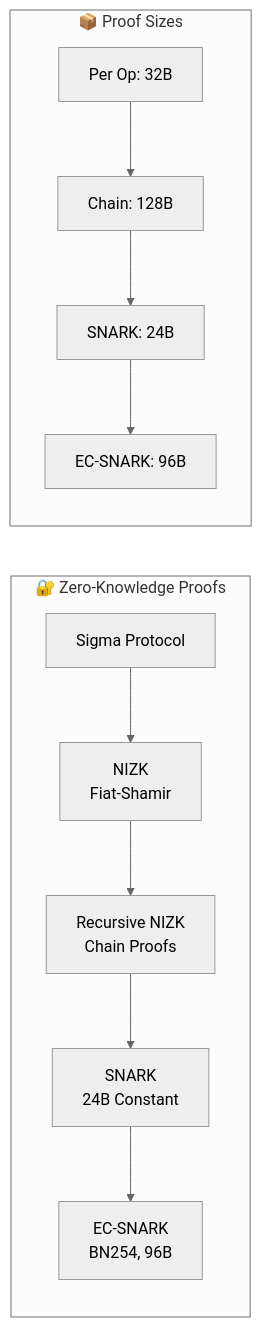
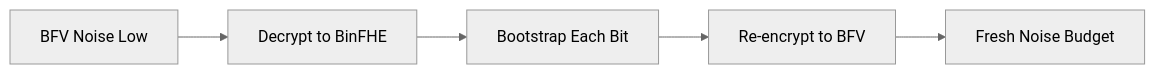
Before and after one commit to primordialomegazero/femmgFHE: the third of 3 diagrams in README.md, drawn with Mermaid (neutral theme). The commit also changed other lines of this file, not shown here.

Commit message:
Φ Fix README: Compact mermaid diagrams, morse footer replaced, individual test table

````diff
--- a/README.md
+++ b/README.md
@@ -165,15 +139,7 @@
 ```mermaid
 flowchart LR
-    subgraph Proofs["🔐 Zero-Knowledge Proofs"]
-        A[Sigma Protocol] --> B[NIZK<br/>Fiat-Shamir]
-        B --> C[Recursive NIZK<br/>Chain Proofs]
-        C --> D[SNARK<br/>24B Constant]
-        D --> E[EC-SNARK<br/>BN254, 96B]
-    end
-    
-    subgraph Sizes["📦 Proof Sizes"]
-        F[Per Op: 32B] --> G[Chain: 128B]
-        G --> H[SNARK: 24B]
-        H --> I[EC-SNARK: 96B]
-    end
+    A[BFV Noise Low] --> B[Decrypt to BinFHE]
+    B --> C[Bootstrap Each Bit]
+    C --> D[Re-encrypt to BFV]
+    D --> E[Fresh Noise Budget]
 ```
````
